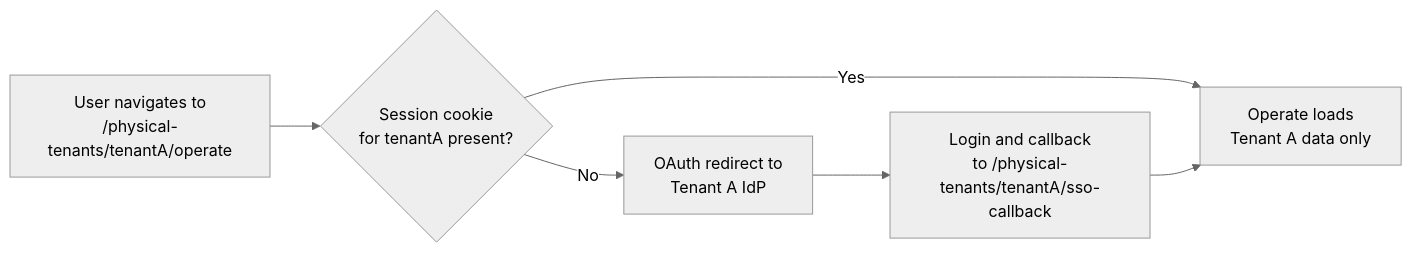
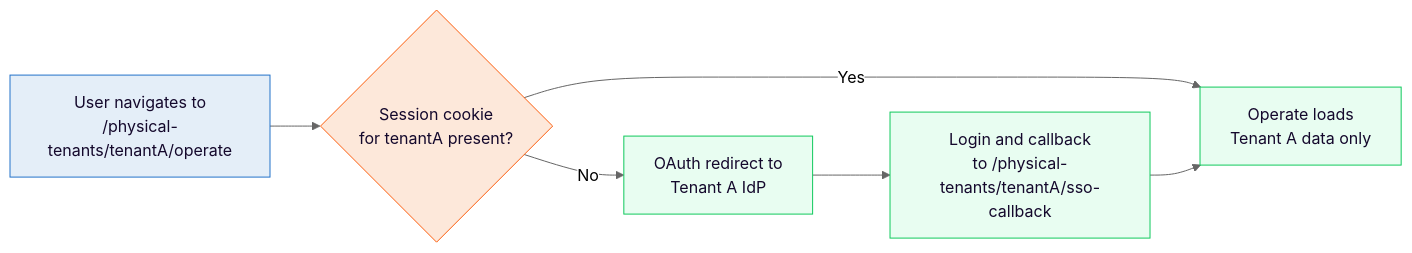
Before and after one commit to camunda/camunda-docs: the diagram in docs/self-managed/concepts/physical-tenants/web-apps.md, drawn with Mermaid (neutral theme). The commit also changed other lines of this file and 11 other files, not shown here.

````diff
--- a/docs/self-managed/concepts/physical-tenants/web-apps.md
+++ b/docs/self-managed/concepts/physical-tenants/web-apps.md
@@ -24,8 +28,16 @@
 ```mermaid
 flowchart LR
     A[User navigates to\n/physical-tenants/tenantA/operate] --> B{Session cookie\nfor tenantA present?}
     B -- Yes --> C[Operate loads\nTenant A data only]
     B -- No --> D[OAuth redirect to\nTenant A IdP]
     D --> E[Login and callback\nto /physical-tenants/tenantA/sso-callback]
     E --> C
+
+    classDef page fill:#e4eef8,stroke:#2272c9,color:#14082c
+    classDef decision fill:#fde8da,stroke:#fc5d0d,color:#14082c
+    classDef action fill:#e8fdf1,stroke:#10c95d,color:#14082c
+
+    class A page
+    class B decision
+    class C,D,E action
 ```
````
